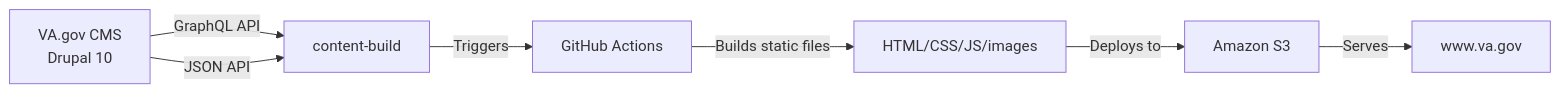
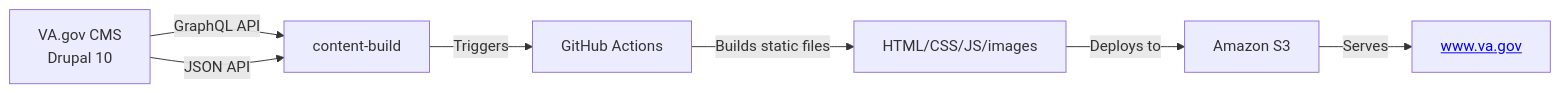
One commit to department-of-veterans-affairs/va.gov-cms changed the diagram in docroot/modules/custom/va_gov_build_trigger/README.md. Above: the diagram before and after it, drawn with Mermaid.

Commit message:
update link

````diff
--- a/docroot/modules/custom/va_gov_build_trigger/README.md
+++ b/docroot/modules/custom/va_gov_build_trigger/README.md
@@ -29,9 +29,9 @@
 ```mermaid
 graph LR
     CMS[VA.gov CMS<br/>Drupal 10] -->|GraphQL API| CB[content-build]
     CMS -->|JSON API| CB
     CB -->|Triggers| GHA[GitHub Actions]
     GHA -->|Builds static files| Build[HTML/CSS/JS/images]
     Build -->|Deploys to| S3[Amazon S3]
-    S3 -->|Serves| Web[www.va.gov]
+    S3 -->|Serves| Web["<a href='https://www.va.gov'>www.va.gov</a>"]
 ```
````
